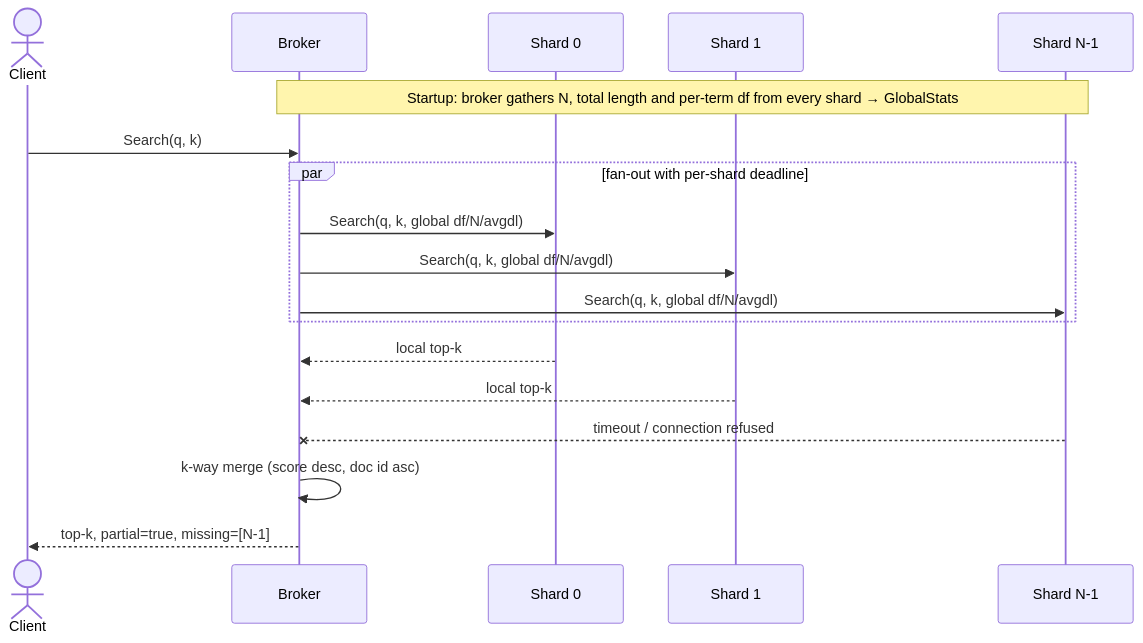
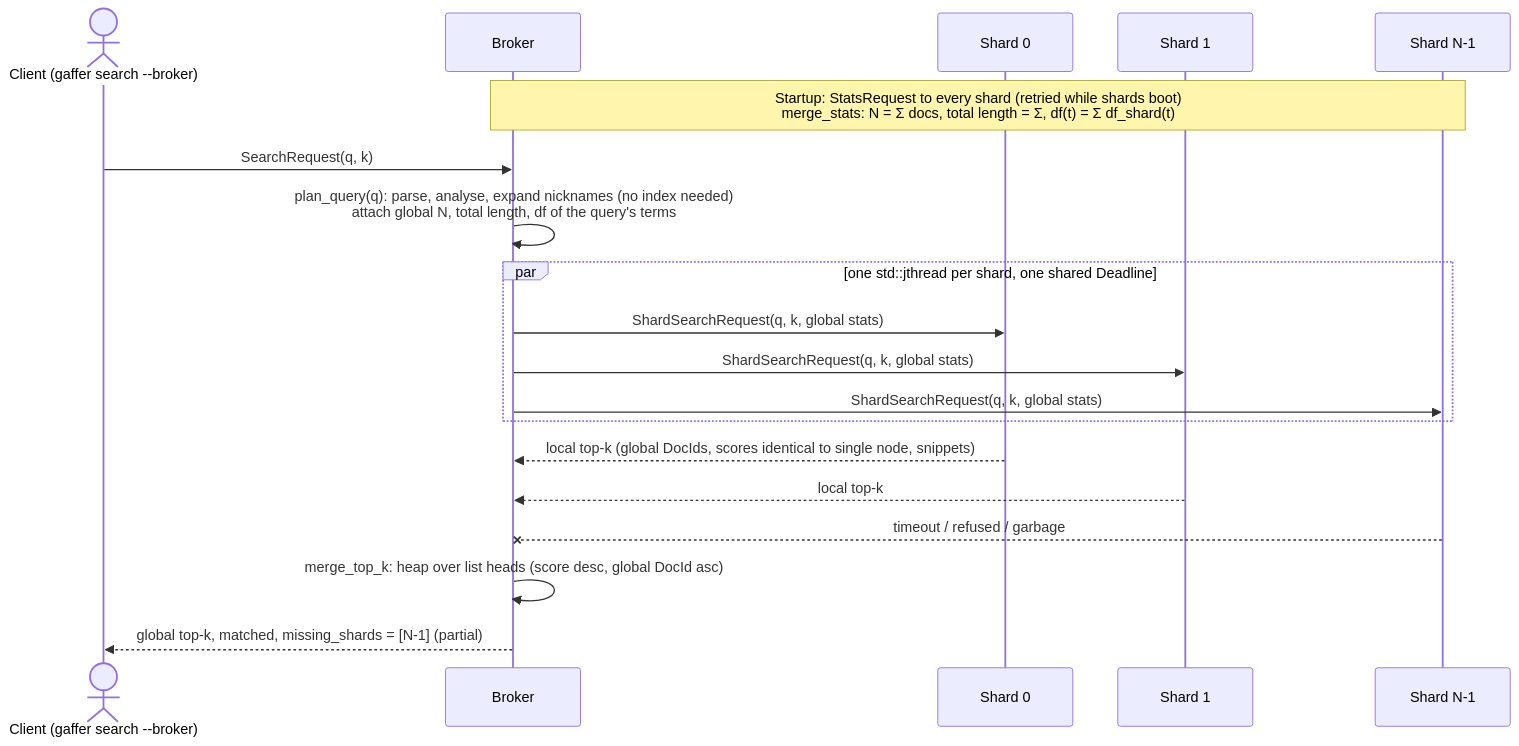
The fifth of 6 diagrams in docs/ARCHITECTURE.md (siddharth-sarma5/gaffer-search), drawn with Mermaid before and after one commit. The commit also changed other lines of this file and 3 other files, not shown here.

First line of the commit message:
docs: update architecture and write up the global-IDF trade-off

````diff
--- a/docs/ARCHITECTURE.md
+++ b/docs/ARCHITECTURE.md
@@ -113,21 +113,22 @@
 ```mermaid
 sequenceDiagram
-    actor U as Client
+    actor U as Client (gaffer search --broker)
     participant BR as Broker
     participant S0 as Shard 0
     participant S1 as Shard 1
     participant S2 as Shard N-1
 
-    Note over BR,S2: Startup: broker gathers N, total length and per-term df from every shard → GlobalStats
-    U->>BR: Search(q, k)
-    par fan-out with per-shard deadline
-        BR->>S0: Search(q, k, global df/N/avgdl)
-        BR->>S1: Search(q, k, global df/N/avgdl)
-        BR->>S2: Search(q, k, global df/N/avgdl)
+    Note over BR,S2: Startup: StatsRequest to every shard (retried while shards boot)<br/>merge_stats: N = Σ docs, total length = Σ, df(t) = Σ df_shard(t)
+    U->>BR: SearchRequest(q, k)
+    BR->>BR: plan_query(q): parse, analyse, expand nicknames (no index needed)<br/>attach global N, total length, df of the query's terms
+    par one std::jthread per shard, one shared Deadline
+        BR->>S0: ShardSearchRequest(q, k, global stats)
+        BR->>S1: ShardSearchRequest(q, k, global stats)
+        BR->>S2: ShardSearchRequest(q, k, global stats)
     end
-    S0-->>BR: local top-k
+    S0-->>BR: local top-k (global DocIds, scores identical to single node, snippets)
     S1-->>BR: local top-k
-    S2--xBR: timeout / connection refused
-    BR->>BR: k-way merge (score desc, doc id asc)
-    BR-->>U: top-k, partial=true, missing=[N-1]
+    S2--xBR: timeout / refused / garbage
+    BR->>BR: merge_top_k: heap over list heads (score desc, global DocId asc)
+    BR-->>U: global top-k, matched, missing_shards = [N-1] (partial)
 ```
````
